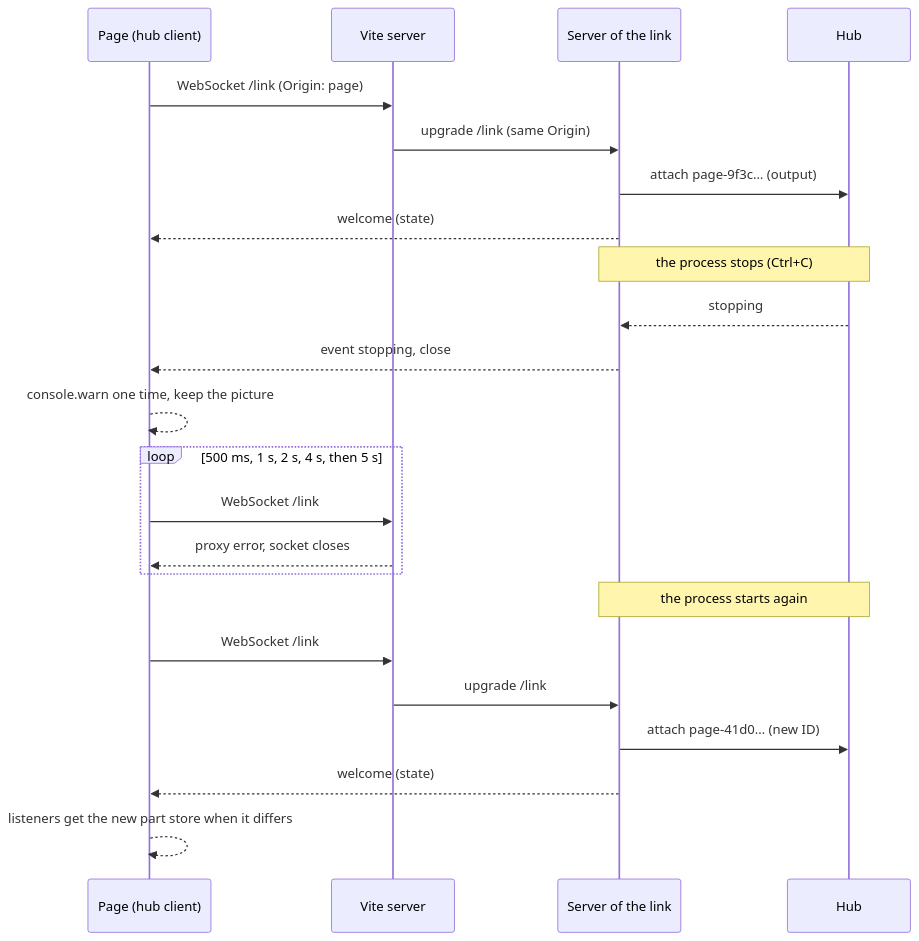
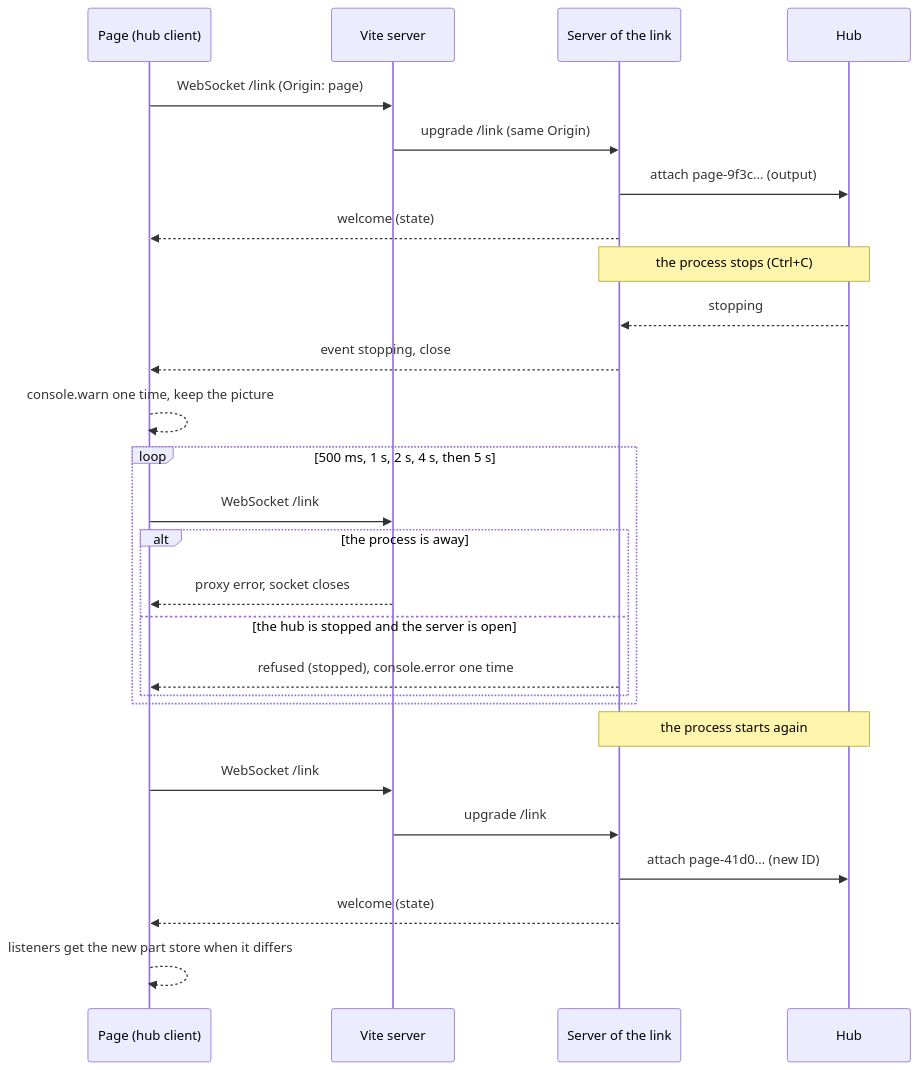
The ninth of 12 diagrams in openspec/changes/531-run-construct-in-node/design.md (twin-digital/opus), drawn with Mermaid before and after one commit. The commit also changed other lines of this file and 4 other files, not shown here.

````diff
--- a/openspec/changes/531-run-construct-in-node/design.md
+++ b/openspec/changes/531-run-construct-in-node/design.md
@@ -533,25 +647,29 @@
 ```mermaid
 sequenceDiagram
   participant P as Page (hub client)
   participant V as Vite server
   participant L as Server of the link
   participant H as Hub
   P->>V: WebSocket /link (Origin: page)
   V->>L: upgrade /link (same Origin)
   L->>H: attach page-9f3c… (output)
   L-->>P: welcome (state)
   Note over L,H: the process stops (Ctrl+C)
   H-->>L: stopping
   L-->>P: event stopping, close
   P-->>P: console.warn one time, keep the picture
   loop 500 ms, 1 s, 2 s, 4 s, then 5 s
     P->>V: WebSocket /link
-    V-->>P: proxy error, socket closes
+    alt the process is away
+      V-->>P: proxy error, socket closes
+    else the hub is stopped and the server is open
+      L-->>P: refused (stopped), console.error one time
+    end
   end
   Note over L,H: the process starts again
   P->>V: WebSocket /link
   V->>L: upgrade /link
   L->>H: attach page-41d0… (new ID)
   L-->>P: welcome (state)
   P-->>P: listeners get the new part store when it differs
 ```
````
